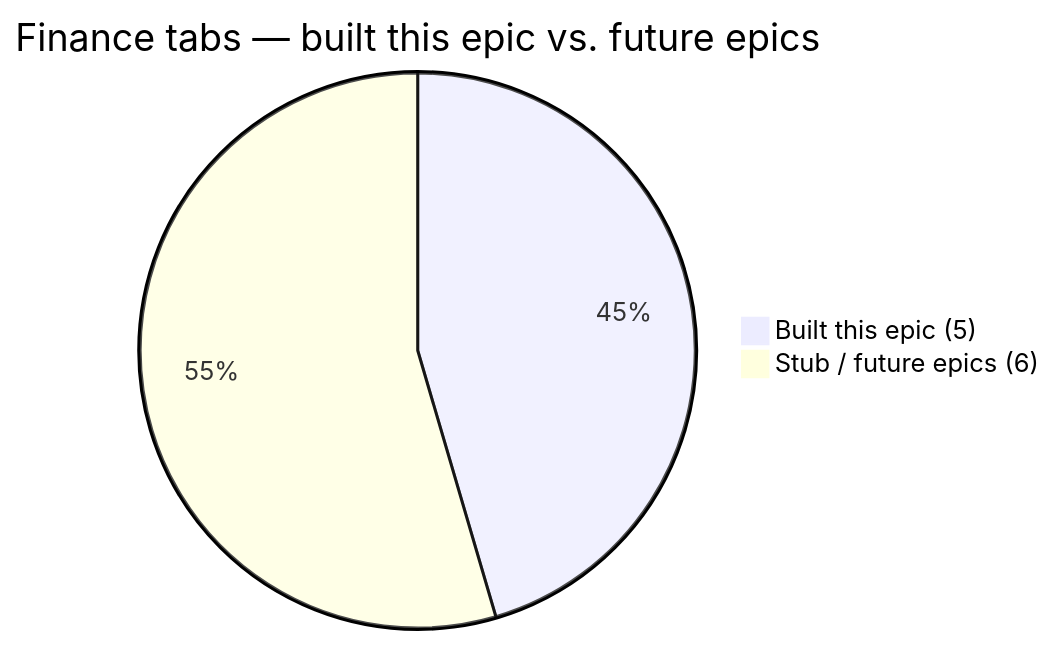
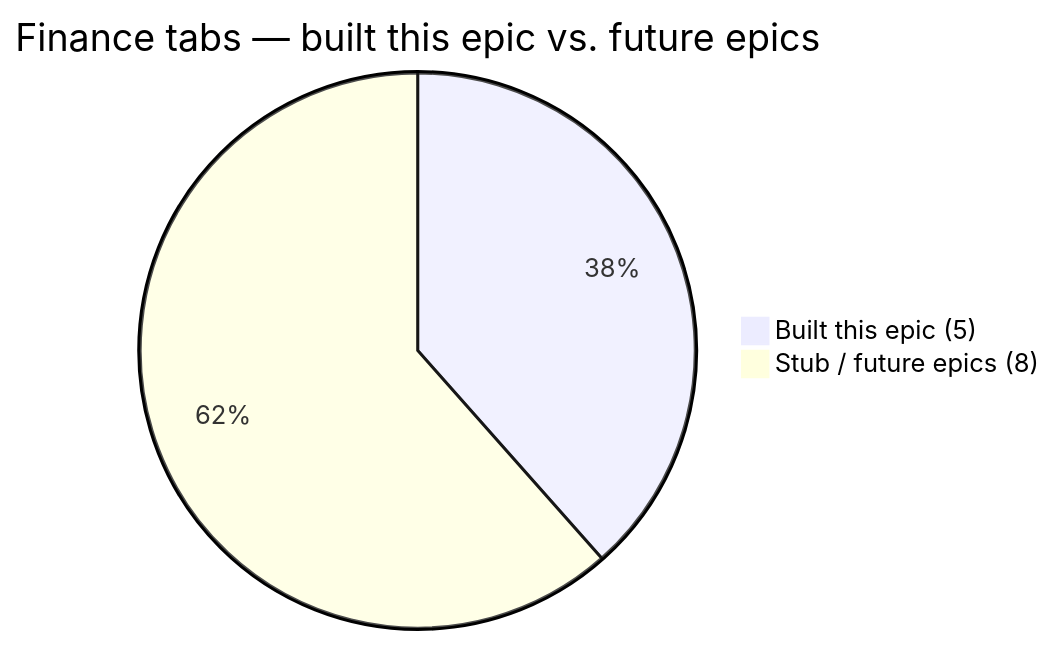
Before and after one commit to pgnaleen/nexus-crm: the second of 8 diagrams in docs/project/epics/epic-8-finance.md, drawn with Mermaid. The commit also changed other lines of this file and 10 other files, not shown here.

````diff
--- a/docs/project/epics/epic-8-finance.md
+++ b/docs/project/epics/epic-8-finance.md
@@ -49,5 +51,5 @@
 ```mermaid
 pie title Finance tabs — built this epic vs. future epics
     "Built this epic (5)" : 5
-    "Stub / future epics (6)" : 6
+    "Stub / future epics (8)" : 8
 ```
````
